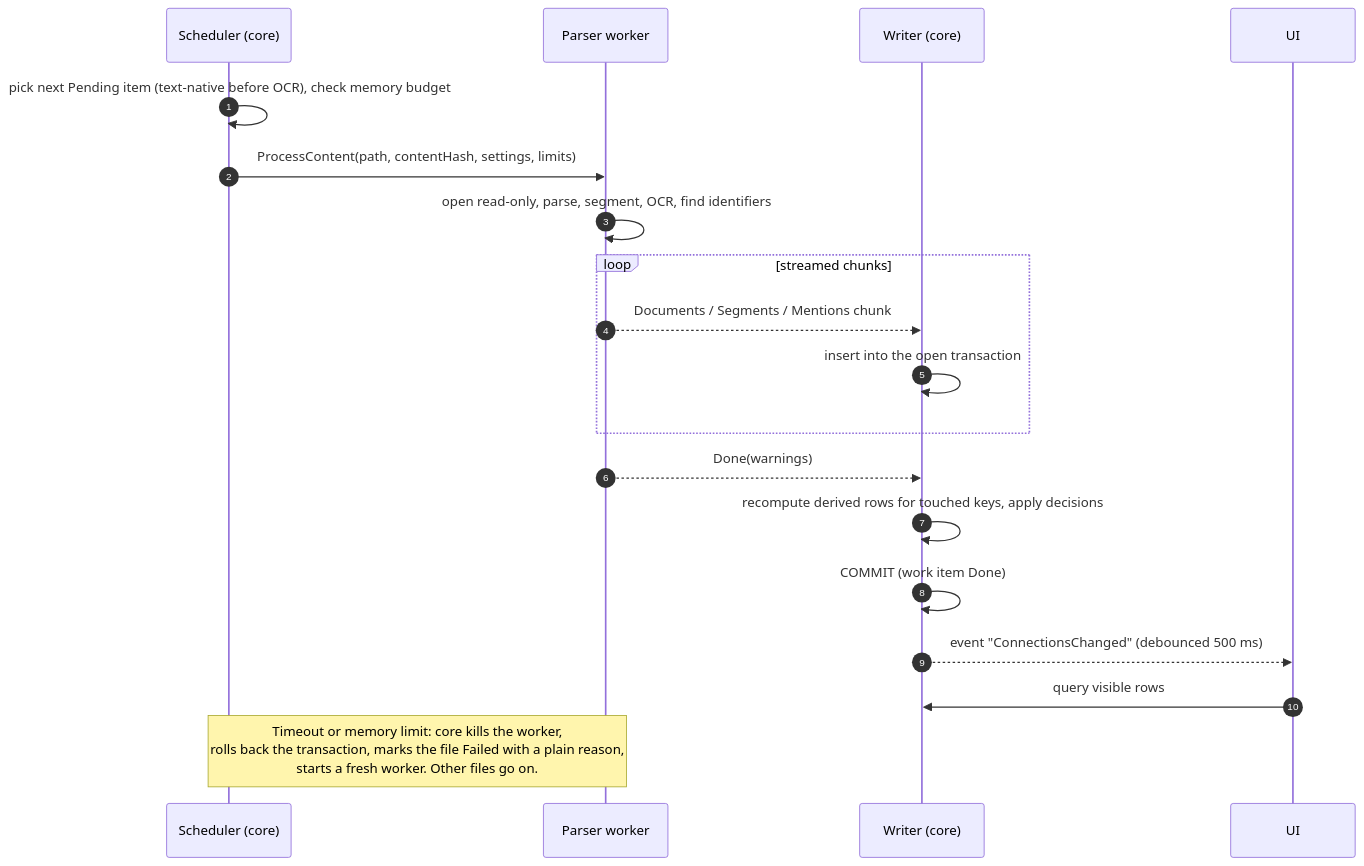
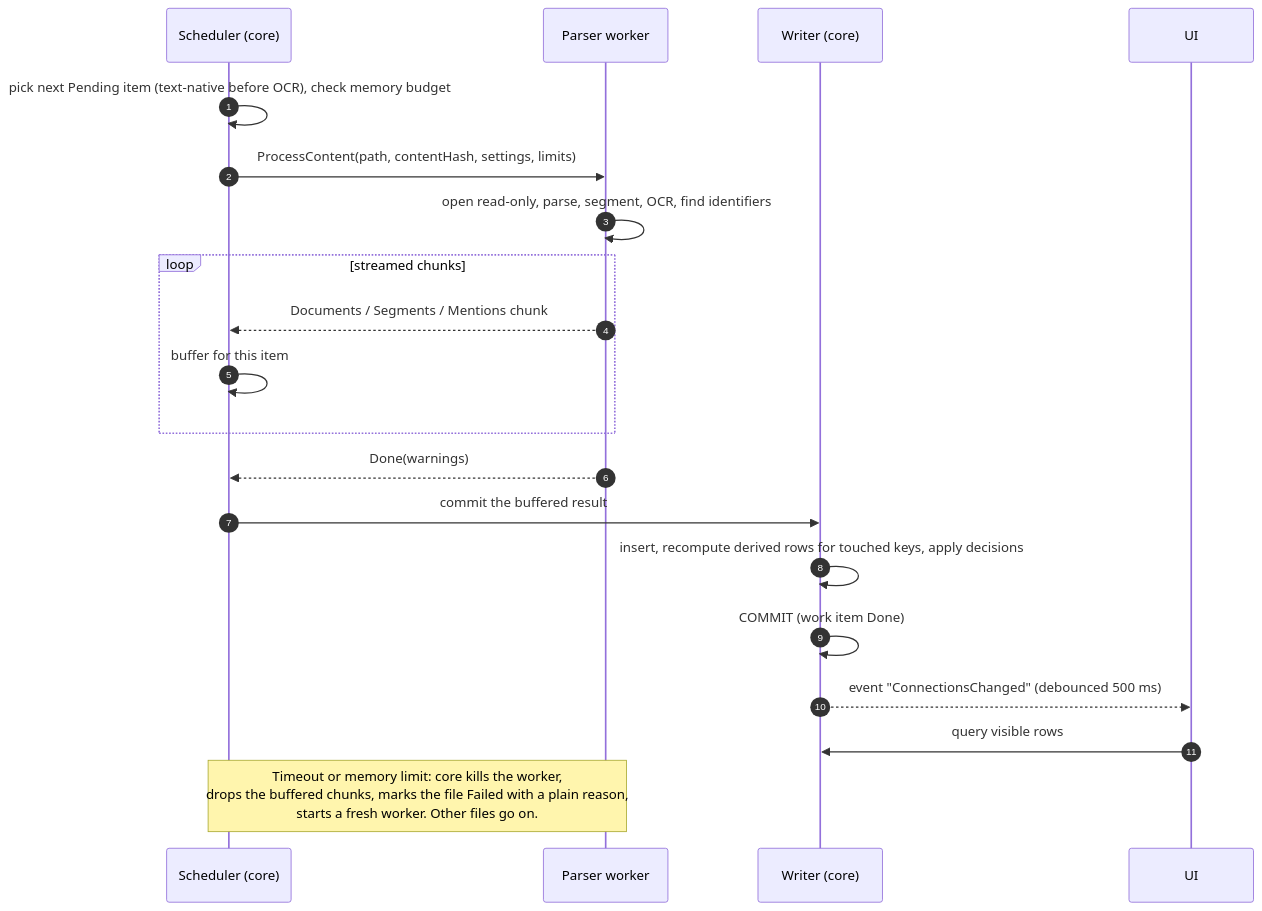
Before and after one commit to EugeneDumanskyi/mangkon-ai: the sixth of 7 diagrams in docs/05-architecture.md, drawn with Mermaid. The commit also changed other lines of this file and 59 other files, not shown here.

````diff
--- a/docs/05-architecture.md
+++ b/docs/05-architecture.md
@@ -275,21 +276,22 @@
 ```mermaid
 sequenceDiagram
     autonumber
     participant S as Scheduler (core)
     participant W as Parser worker
     participant DB as Writer (core)
     participant UI
     S->>S: pick next Pending item (text-native before OCR), check memory budget
     S->>W: ProcessContent(path, contentHash, settings, limits)
     W->>W: open read-only, parse, segment, OCR, find identifiers
     loop streamed chunks
-        W-->>DB: Documents / Segments / Mentions chunk
-        DB->>DB: insert into the open transaction
+        W-->>S: Documents / Segments / Mentions chunk
+        S->>S: buffer for this item
     end
-    W-->>DB: Done(warnings)
-    DB->>DB: recompute derived rows for touched keys, apply decisions
+    W-->>S: Done(warnings)
+    S->>DB: commit the buffered result
+    DB->>DB: insert, recompute derived rows for touched keys, apply decisions
     DB->>DB: COMMIT (work item Done)
     DB-->>UI: event "ConnectionsChanged" (debounced 500 ms)
     UI->>DB: query visible rows
-    Note over S,W: Timeout or memory limit: core kills the worker,<br/>rolls back the transaction, marks the file Failed with a plain reason,<br/>starts a fresh worker. Other files go on.
+    Note over S,W: Timeout or memory limit: core kills the worker,<br/>drops the buffered chunks, marks the file Failed with a plain reason,<br/>starts a fresh worker. Other files go on.
 ```
````
